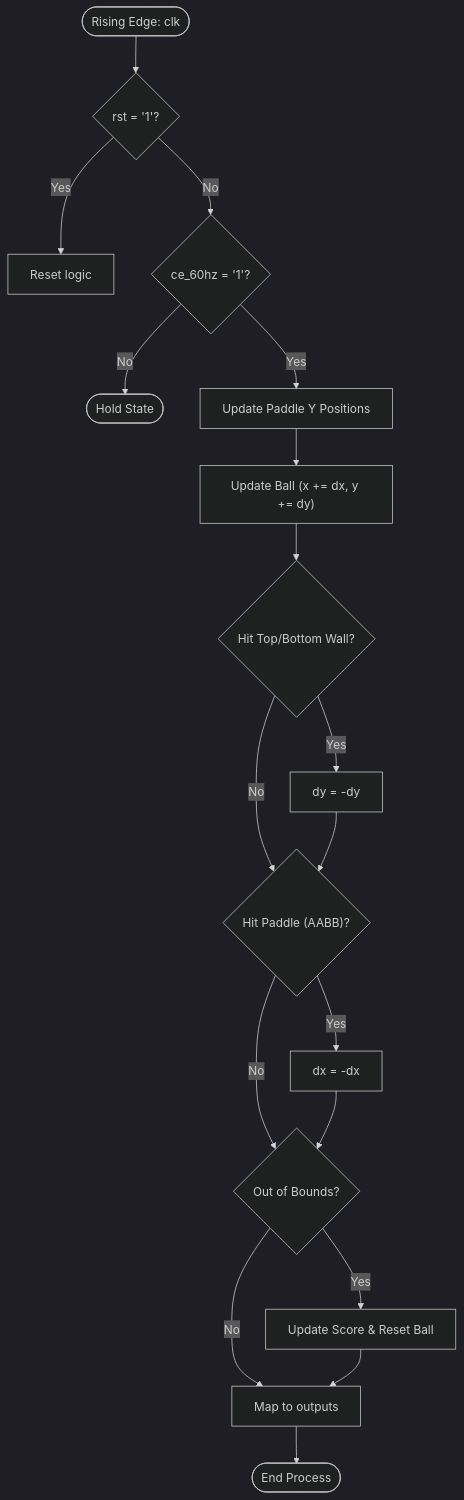
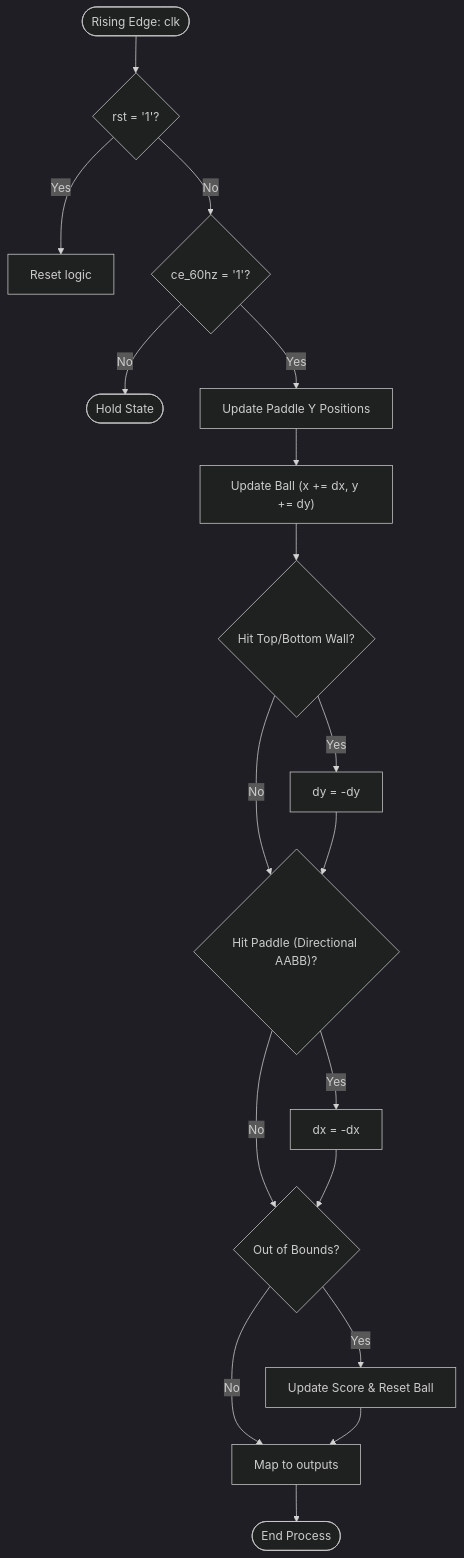
The diagram in .github/PONG_PHYSICS.md (Tomer27cz/vga_vhdl), drawn with Mermaid (dark theme) before and after one commit. The commit also changed other lines of this file, not shown here.

````diff
--- a/.github/PONG_PHYSICS.md
+++ b/.github/PONG_PHYSICS.md
@@ -52,28 +51,28 @@
 ```mermaid
 flowchart TD
     START([Rising Edge: clk]) --> RST{"rst = '1'?"}
     RST -- Yes --> RESET_STATE["Reset logic"]
     RST -- No --> CE{"ce_60hz = '1'?"}
     
     CE -- No --> IDLE([Hold State])
     CE -- Yes --> PADDLES["Update Paddle Y Positions"]
     
     PADDLES --> BALL["Update Ball (x += dx, y += dy)"]
     
     BALL --> WALL_COL{"Hit Top/Bottom Wall?"}
     WALL_COL -- Yes --> REV_DY["dy = -dy"]
     WALL_COL -- No --> PAD_COL
     REV_DY --> PAD_COL
     
-    PAD_COL{"Hit Paddle (AABB)?"}
+    PAD_COL{"Hit Paddle (Directional AABB)?"}
     PAD_COL -- Yes --> REV_DX["dx = -dx"]
     PAD_COL -- No --> OOB
     REV_DX --> OOB
     
     OOB{"Out of Bounds?"}
     OOB -- Yes --> SCORE["Update Score & Reset Ball"]
     OOB -- No --> OUT_MAP
     SCORE --> OUT_MAP
     
     OUT_MAP["Map to outputs"] --> END([End Process])
 ```
````
